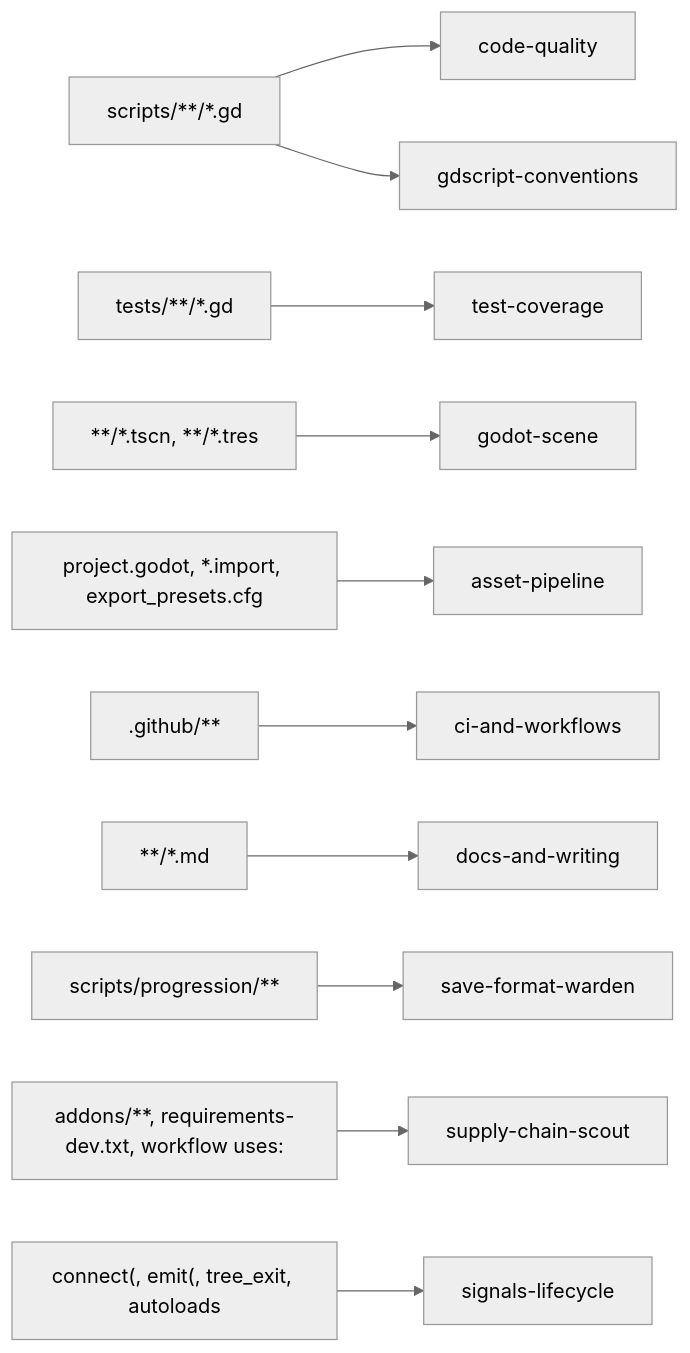
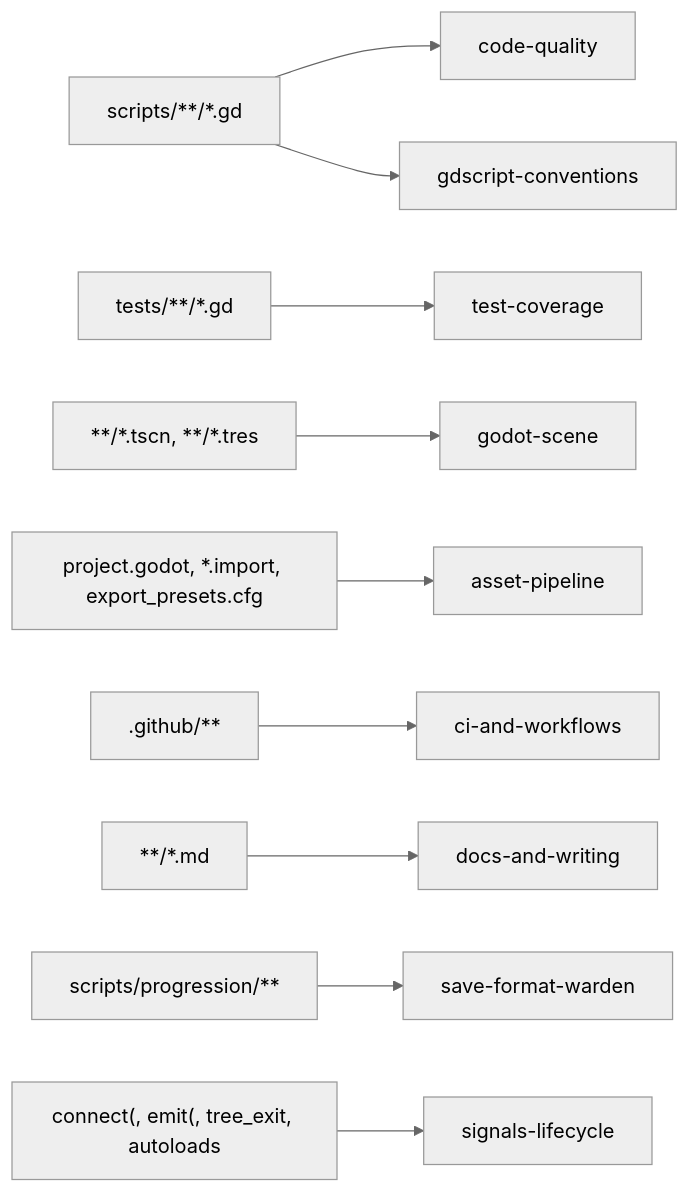
Before and after one commit to shuck-dev/volley: the second of 2 diagrams in ai/swarm/README.md, drawn with Mermaid (neutral theme). The commit also changed other lines of this file and 6 other files, not shown here.

First line of the commit message:
chore: delete supply-chain-scout, route provenance through researcher

````diff
--- a/ai/swarm/README.md
+++ b/ai/swarm/README.md
@@ -211,13 +210,12 @@
 ```mermaid
 flowchart LR
     GDProd["scripts/**/*.gd"] --> CodeQuality[code-quality]
     GDProd --> Conventions[gdscript-conventions]
     GDTest["tests/**/*.gd"] --> TestCoverage[test-coverage]
     Scenes["**/*.tscn, **/*.tres"] --> GodotScene[godot-scene]
     ProjectFiles["project.godot, *.import, export_presets.cfg"] --> AssetPipeline[asset-pipeline]
     Workflows[".github/**"] --> CIWorkflows[ci-and-workflows]
     Docs["**/*.md"] --> DocsWriting[docs-and-writing]
     Save["scripts/progression/**"] --> SaveWarden[save-format-warden]
-    Deps["addons/**, requirements-dev.txt, workflow uses:"] --> Supply[supply-chain-scout]
     Signals["connect(, emit(, tree_exit, autoloads"] --> SignalsLifecycle[signals-lifecycle]
 ```
````
